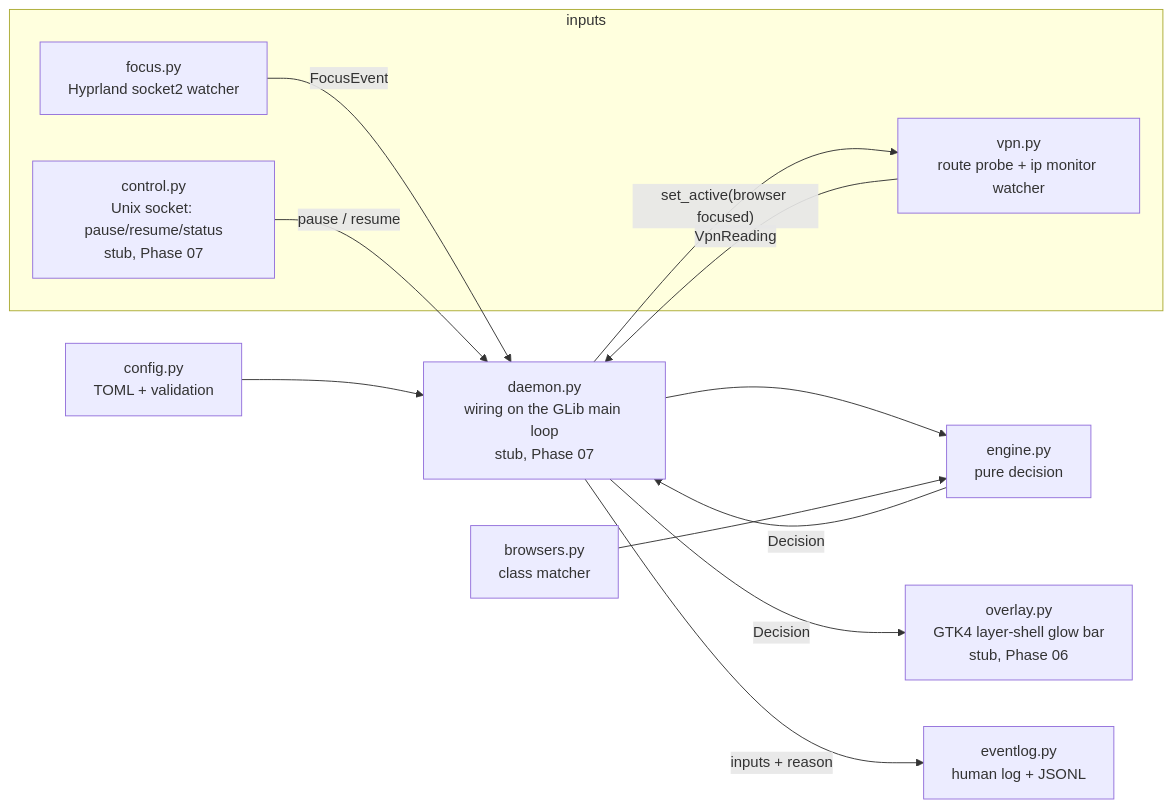
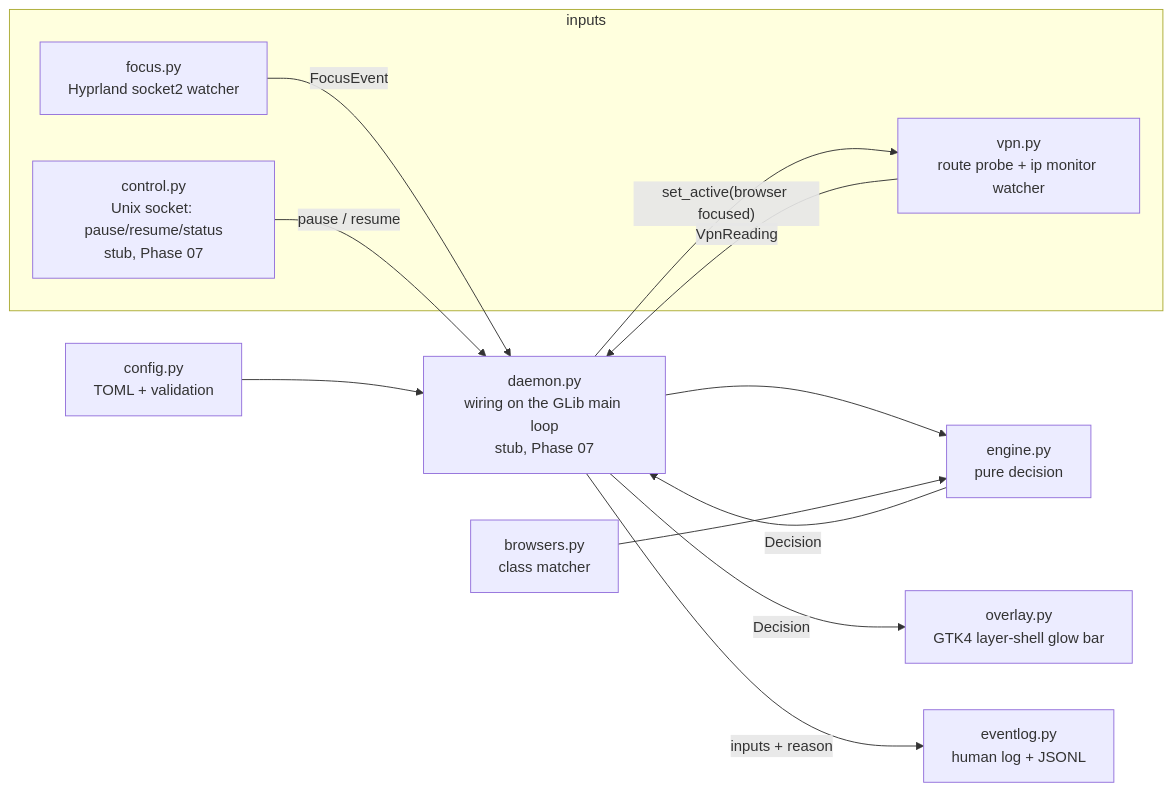
Before and after one commit to antonizick/VPNMonitor: the diagram in docs/VPM_ARCHITECTURE.md, drawn with Mermaid. The commit also changed other lines of this file and 15 other files, not shown here.

Commit message:
docs(overlay): approved look, ADR-0017, AM-2, screenshots, later-phase notes

````diff
--- a/docs/VPM_ARCHITECTURE.md
+++ b/docs/VPM_ARCHITECTURE.md
@@ -7,25 +7,25 @@
 ```mermaid
 flowchart LR
     subgraph inputs
         F[focus.py<br/>Hyprland socket2 watcher]
         V[vpn.py<br/>route probe + ip monitor watcher]
         C[control.py<br/>Unix socket: pause/resume/status<br/>stub, Phase 07]
     end
     E[engine.py<br/>pure decision]
-    O[overlay.py<br/>GTK4 layer-shell glow bar<br/>stub, Phase 06]
+    O[overlay.py<br/>GTK4 layer-shell glow bar]
     L[eventlog.py<br/>human log + JSONL]
     D[daemon.py<br/>wiring on the GLib main loop<br/>stub, Phase 07]
     B[browsers.py<br/>class matcher]
     CFG[config.py<br/>TOML + validation]
 
     F -- FocusEvent --> D
     V -- VpnReading --> D
     C -- pause / resume --> D
     D --> E
     B --> E
     CFG --> D
     E -- Decision --> D
     D -- Decision --> O
     D -- inputs + reason --> L
     D -- set_active(browser focused) --> V
 ```
````
